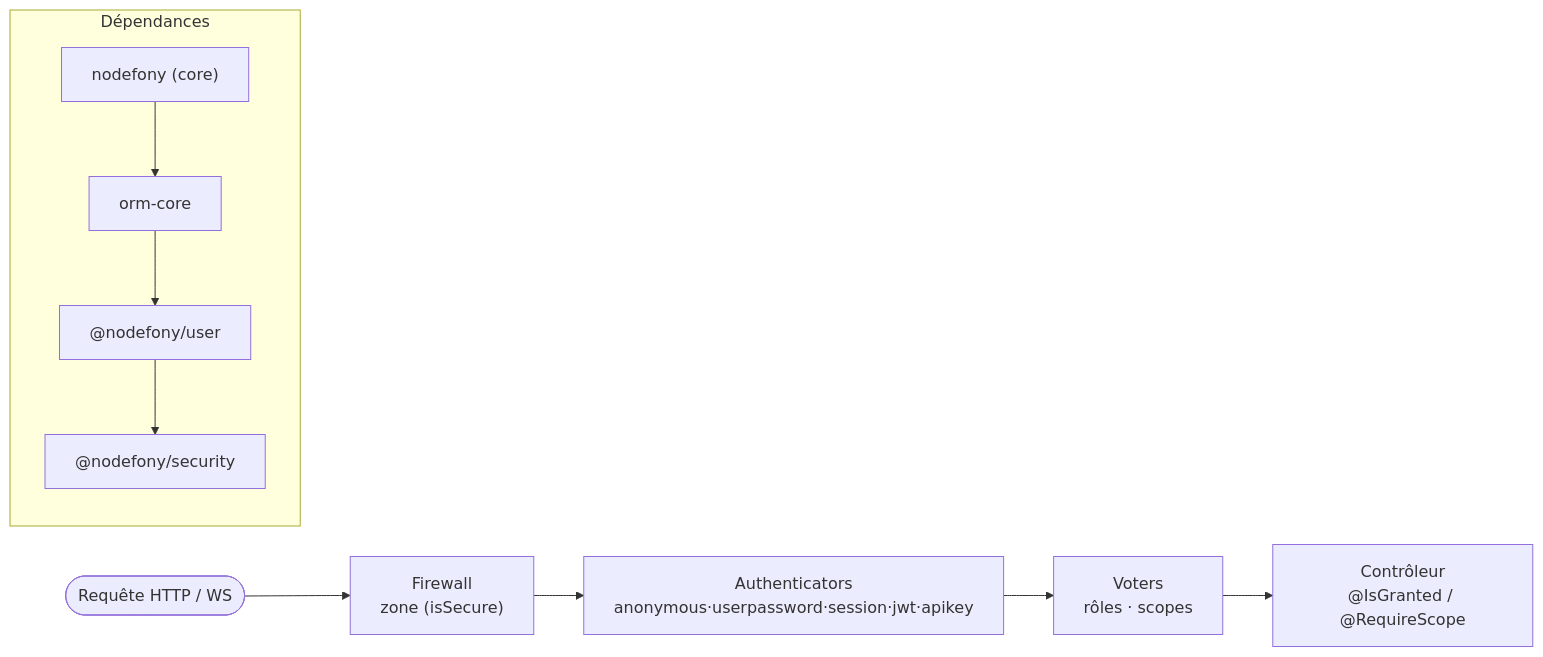
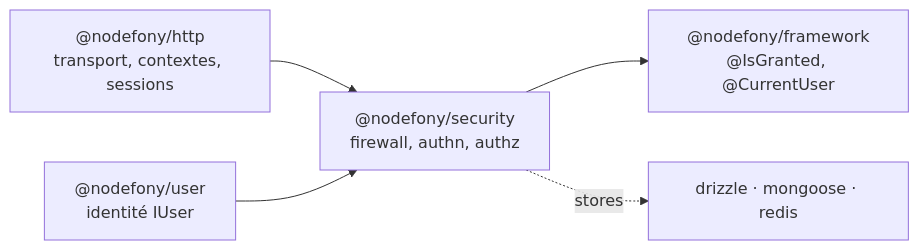
Before and after one commit to nodefony/nodefony-core: the diagram in src/packages/@nodefony/security/docs/index.md, drawn with Mermaid. The commit also changed other lines of this file and 20 other files, not shown here.

````diff
--- a/src/packages/@nodefony/security/docs/index.md
+++ b/src/packages/@nodefony/security/docs/index.md
@@ -27,10 +120,7 @@
 ```mermaid
 flowchart LR
-  subgraph Dépendances
-    core["nodefony (core)"] --> ormc["orm-core"] --> user["@nodefony/user"] --> sec["@nodefony/security"]
-  end
-  Req(["Requête HTTP / WS"]) --> Z["Firewall<br/>zone (isSecure)"]
-  Z --> A["Authenticators<br/>anonymous·userpassword·session·jwt·apikey"]
-  A --> V["Voters<br/>rôles · scopes"]
-  V --> Ctrl["Contrôleur<br/>@IsGranted / @RequireScope"]
+  HTTP["@nodefony/http<br/>transport, contextes, sessions"] --> SEC["@nodefony/security<br/>firewall, authn, authz"]
+  USER["@nodefony/user<br/>identité IUser"] --> SEC
+  SEC --> FW["@nodefony/framework<br/>@IsGranted, @CurrentUser"]
+  SEC -.->|stores| DB["drizzle · mongoose · redis"]
 ```
````
